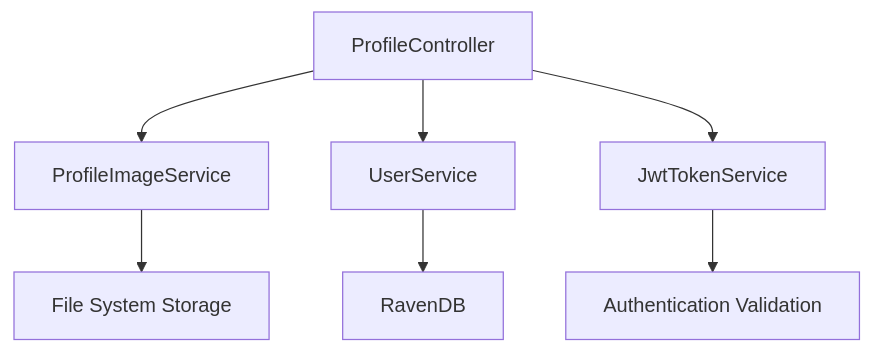
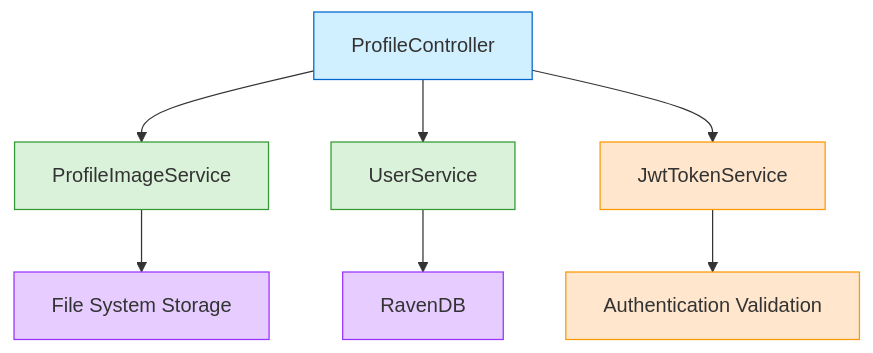
One commit to fares1919-ltrch/Backend-stage changed the second of 4 diagrams in Documentation/Profile.md. Above: the diagram before and after it, drawn with Mermaid. The commit also changed other lines of this file and 9 other files, not shown here.

````diff
--- a/Documentation/Profile.md
+++ b/Documentation/Profile.md
@@ -17,9 +76,17 @@
 ```mermaid
 graph TD
     A[ProfileController] --> B[ProfileImageService]
     A --> C[UserService]
     B --> D[File System Storage]
     C --> E[RavenDB]
     A --> F[JwtTokenService]
     F --> G[Authentication Validation]
+
+    style A fill:#d1f0ff,stroke:#0066cc
+    style B fill:#d9f2d9,stroke:#339933
+    style C fill:#d9f2d9,stroke:#339933
+    style D fill:#e6ccff,stroke:#9933ff
+    style E fill:#e6ccff,stroke:#9933ff
+    style F fill:#ffe6cc,stroke:#ff9900
+    style G fill:#ffe6cc,stroke:#ff9900
 ```
````
